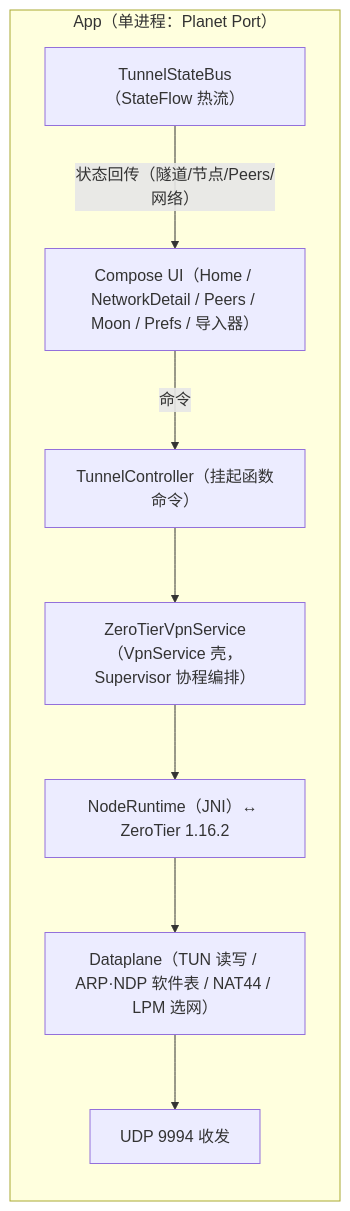
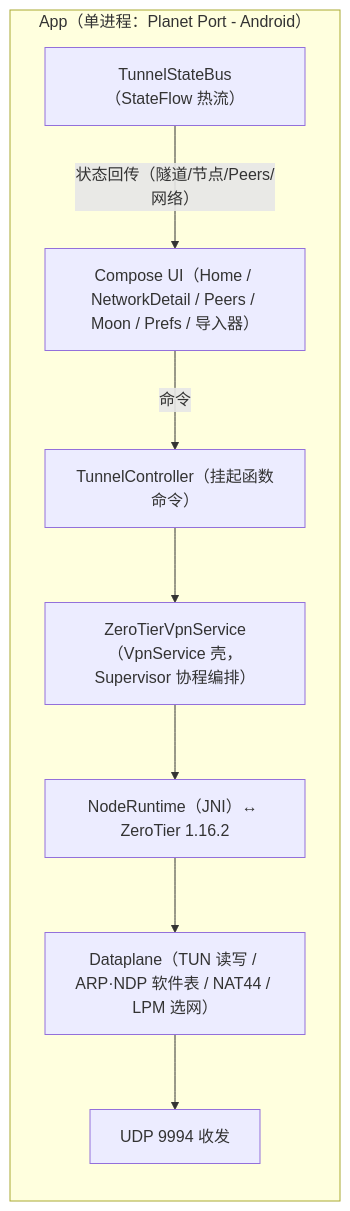
One commit to planet-port/planet-port-android changed the diagram in README.md. Above: the diagram before and after it, drawn with Mermaid. The commit also changed other lines of this file and 3 other files, not shown here.

First line of the commit message:
docs(readme): 软件名称定为 Planet Port - Android，分支更名同步 CI

````diff
--- a/README.md
+++ b/README.md
@@ -64,14 +64,14 @@
 ```mermaid
 flowchart LR
-    subgraph App["App（单进程：Planet Port）"]
+    subgraph App["App（单进程：Planet Port - Android）"]
         UI["Compose UI（Home / NetworkDetail / Peers / Moon / Prefs / 导入器）"]
         TC["TunnelController（挂起函数命令）"]
         VPN["ZeroTierVpnService（VpnService 壳，Supervisor 协程编排）"]
         RT["NodeRuntime（JNI）↔ ZeroTier 1.16.2"]
         DP["Dataplane（TUN 读写 / ARP·NDP 软件表 / NAT44 / LPM 选网）"]
         UDP["UDP 9994 收发"]
         BUS["TunnelStateBus（StateFlow 热流）"]
     end
     UI -- "命令" --> TC --> VPN --> RT --> DP --> UDP
     BUS -- "状态回传（隧道/节点/Peers/网络）" --> UI
 ```
````
